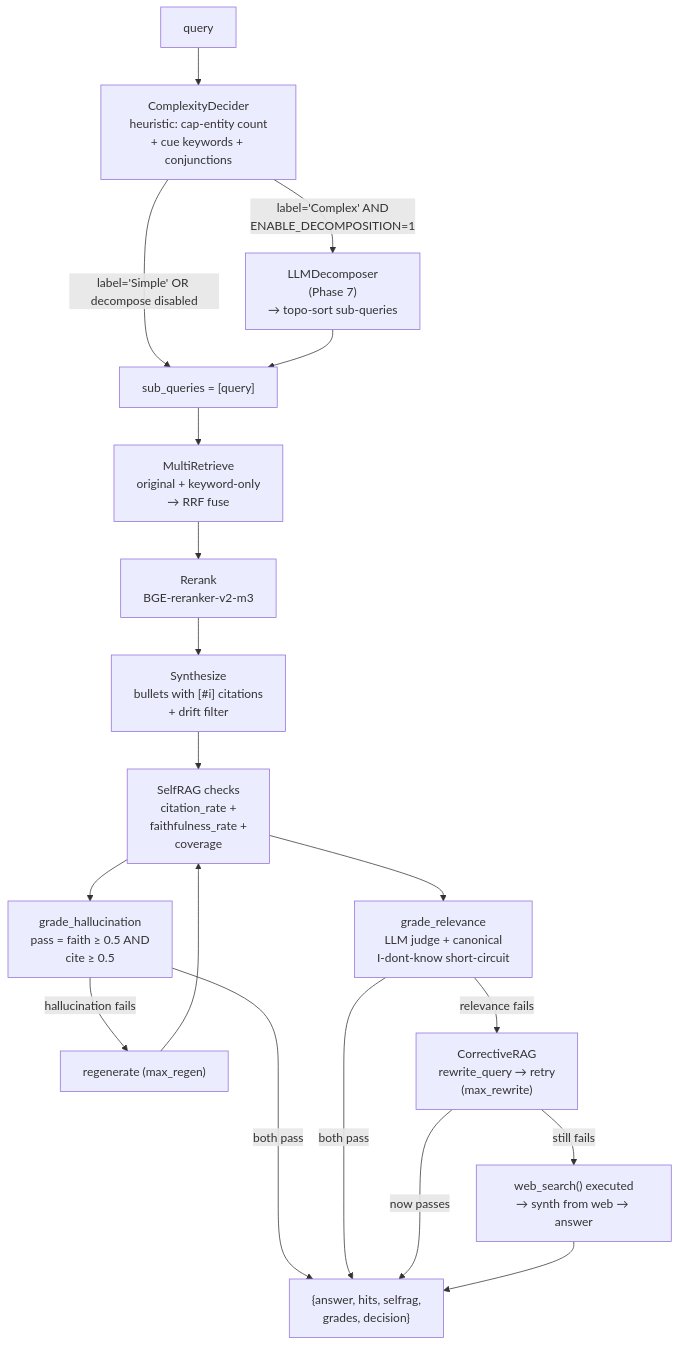
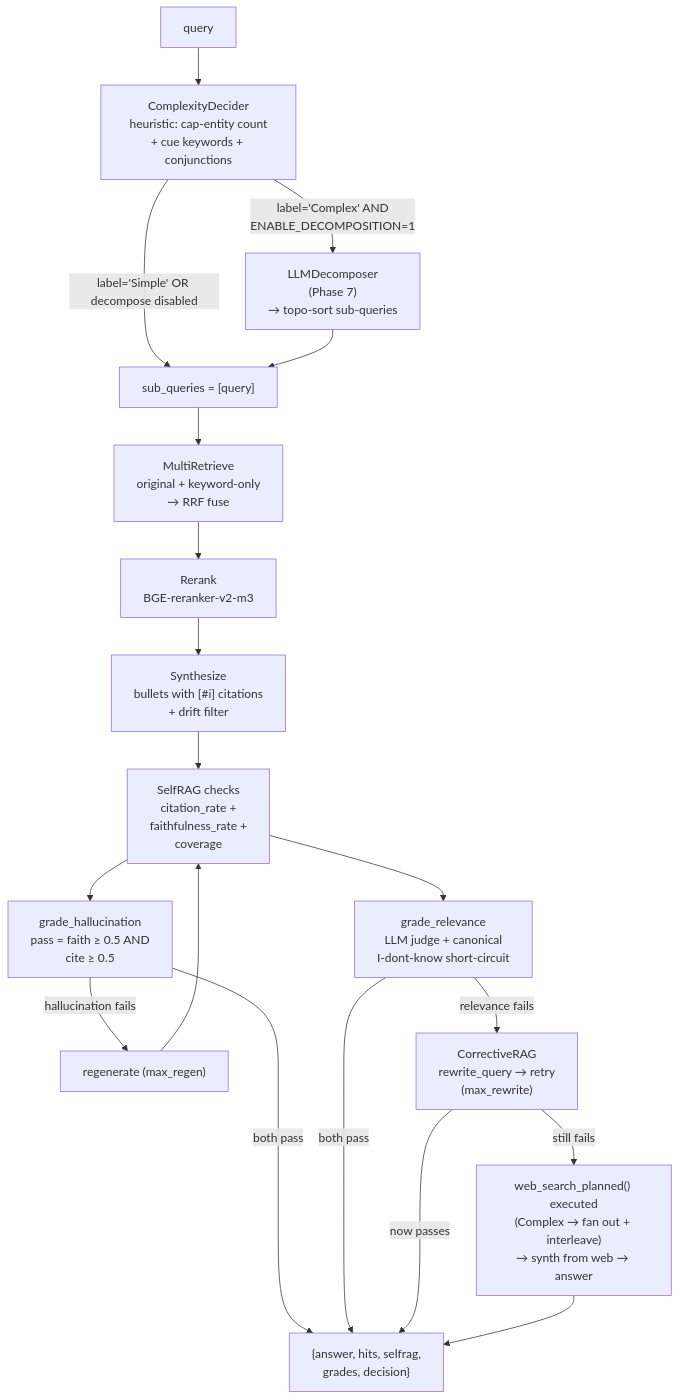
Before and after one commit to shaneliuyx/agent-development-curriculum: the tenth of 12 diagrams in Week 3.7 - Agentic RAG.md, drawn with Mermaid. The commit also changed other lines of this file and 1 other file, not shown here.

Commit message:
docs(w3.7): web-fallback fan-out + SearXNG backend + debug log

````diff
--- a/Week 3.7 - Agentic RAG.md
+++ b/Week 3.7 - Agentic RAG.md
@@ -1361,21 +1395,21 @@
 ```mermaid
 flowchart TD
   Q["query"] --> DC["ComplexityDecider<br/>heuristic: cap-entity count<br/>+ cue keywords + conjunctions"]
   DC -->|"label='Complex' AND<br/>ENABLE_DECOMPOSITION=1"| DEC["LLMDecomposer<br/>(Phase 7)<br/>→ topo-sort sub-queries"]
   DC -->|"label='Simple' OR decompose disabled"| SQ["sub_queries = [query]"]
   DEC --> SQ
   SQ --> MR["MultiRetrieve<br/>original + keyword-only<br/>→ RRF fuse"]
   MR --> RR["Rerank<br/>BGE-reranker-v2-m3"]
   RR --> SY["Synthesize<br/>bullets with [#i] citations<br/>+ drift filter"]
   SY --> SR["SelfRAG checks<br/>citation_rate +<br/>faithfulness_rate +<br/>coverage"]
   SR --> GH["grade_hallucination<br/>pass = faith ≥ 0.5 AND<br/>cite ≥ 0.5"]
   SR --> GR["grade_relevance<br/>LLM judge + canonical<br/>I-dont-know short-circuit"]
   GH -->|"both pass"| OUT["{answer, hits, selfrag,<br/>grades, decision}"]
   GR -->|"both pass"| OUT
   GH -->|"hallucination fails"| REGEN["regenerate (max_regen)"]
   GR -->|"relevance fails"| CRAG["CorrectiveRAG<br/>rewrite_query → retry<br/>(max_rewrite)"]
   REGEN --> SR
-  CRAG -->|"still fails"| FALLBACK["web_search() executed<br/>→ synth from web → answer"]
+  CRAG -->|"still fails"| FALLBACK["web_search_planned() executed<br/>(Complex → fan out + interleave)<br/>→ synth from web → answer"]
   CRAG -->|"now passes"| OUT
   FALLBACK --> OUT
 ```
````
